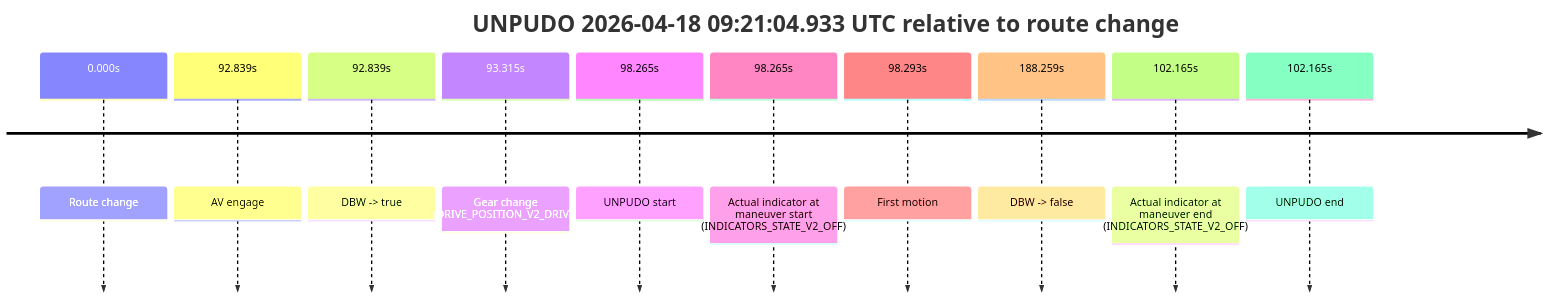
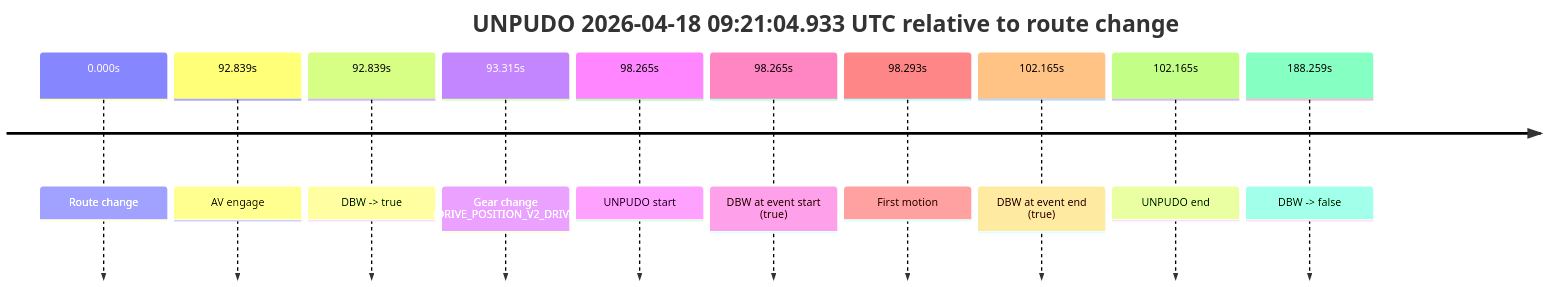
The fourth of 4 diagrams in model_analysis/report_cards/2026/04/Week-3/fme20009--2026-04-18--08-16-54--gen2-av-338a30d3-3361-4f0b-a059-9cf59b4bafab.md (yoelshapiro/vault), drawn with Mermaid before and after one commit. The commit also changed other lines of this file and 32 other files, not shown here.

````diff
--- a/model_analysis/report_cards/2026/04/Week-3/fme20009--2026-04-18--08-16-54--gen2-av-338a30d3-3361-4f0b-a059-9cf59b4bafab.md
+++ b/model_analysis/report_cards/2026/04/Week-3/fme20009--2026-04-18--08-16-54--gen2-av-338a30d3-3361-4f0b-a059-9cf59b4bafab.md
@@ -963,14 +314,14 @@
 ```mermaid
 timeline
     title UNPUDO 2026-04-18 09:21:04.933 UTC relative to route change
     0.000s : Route change
     92.839s : AV engage
     92.839s : DBW -> true
     93.315s : Gear change (DRIVE_POSITION_V2_DRIVE)
     98.265s : UNPUDO start
-    98.265s : Actual indicator at maneuver start (INDICATORS_STATE_V2_OFF)
+    98.265s : DBW at event start (true)
     98.293s : First motion
+    102.165s : DBW at event end (true)
+    102.165s : UNPUDO end
     188.259s : DBW -> false
-    102.165s : Actual indicator at maneuver end (INDICATORS_STATE_V2_OFF)
-    102.165s : UNPUDO end
 ```
````
